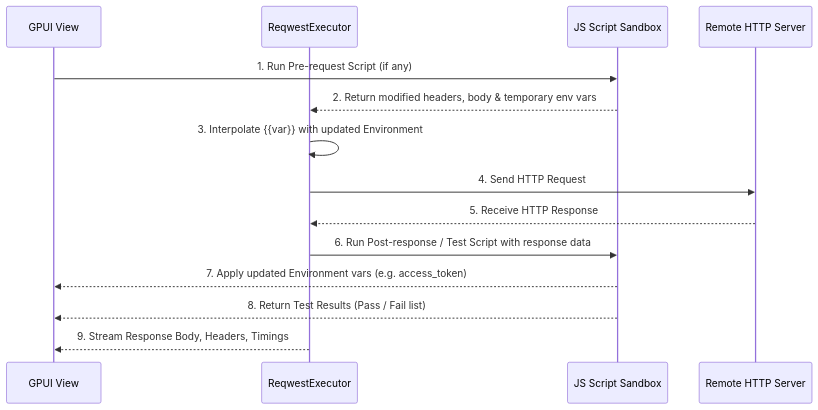
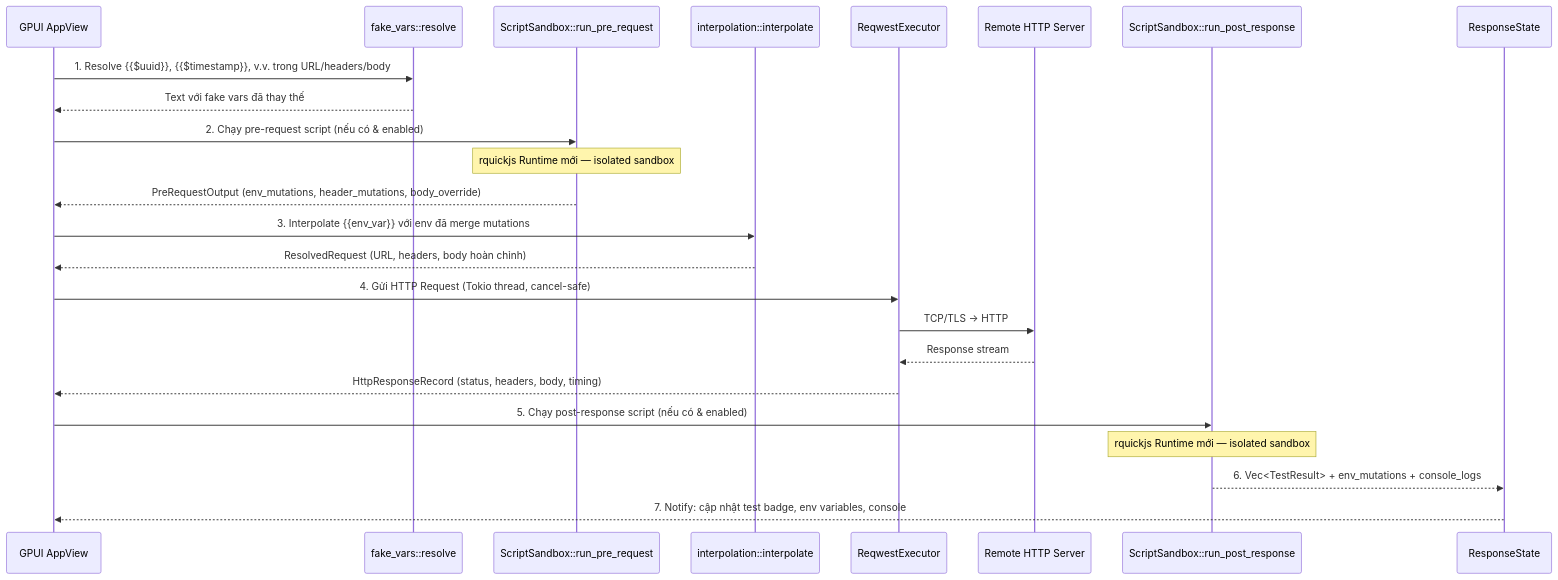
Before and after one commit to dungmv/rest-client: the diagram in docs/specs/02-scripting-and-testing-engine.md, drawn with Mermaid. The commit also changed other lines of this file and 22 other files, not shown here.

First line of the commit message:
feat(scripting): implement Phase 1 with rquickjs engine and request chaining

````diff
--- a/docs/specs/02-scripting-and-testing-engine.md
+++ b/docs/specs/02-scripting-and-testing-engine.md
@@ -121,17 +337,27 @@
 ```mermaid
 sequenceDiagram
-    participant UI as GPUI View
-    participant Core as ReqwestExecutor
-    participant Sandbox as JS Script Sandbox
+    participant UI as GPUI AppView
+    participant FV as fake_vars::resolve
+    participant Pre as ScriptSandbox::run_pre_request
+    participant Interp as interpolation::interpolate
+    participant Exec as ReqwestExecutor
     participant Server as Remote HTTP Server
+    participant Post as ScriptSandbox::run_post_response
+    participant RS as ResponseState
 
-    UI->>Sandbox: 1. Run Pre-request Script (if any)
-    Sandbox-->>Core: 2. Return modified headers, body & temporary env vars
-    Core->>Core: 3. Interpolate {{var}} with updated Environment
-    Core->>Server: 4. Send HTTP Request
-    Server-->>Core: 5. Receive HTTP Response
-    Core->>Sandbox: 6. Run Post-response / Test Script with response data
-    Sandbox-->>UI: 7. Apply updated Environment vars (e.g. access_token)
-    Sandbox-->>UI: 8. Return Test Results (Pass / Fail list)
-    Core-->>UI: 9. Stream Response Body, Headers, Timings
+    UI->>FV: 1. Resolve {{$uuid}}, {{$timestamp}}, v.v. trong URL/headers/body
+    FV-->>UI: Text với fake vars đã thay thế
+    UI->>Pre: 2. Chạy pre-request script (nếu có & enabled)
+    Note over Pre: rquickjs Runtime mới — isolated sandbox
+    Pre-->>UI: PreRequestOutput (env_mutations, header_mutations, body_override)
+    UI->>Interp: 3. Interpolate {{env_var}} với env đã merge mutations
+    Interp-->>UI: ResolvedRequest (URL, headers, body hoàn chỉnh)
+    UI->>Exec: 4. Gửi HTTP Request (Tokio thread, cancel-safe)
+    Exec->>Server: TCP/TLS → HTTP
+    Server-->>Exec: Response stream
+    Exec-->>UI: HttpResponseRecord (status, headers, body, timing)
+    UI->>Post: 5. Chạy post-response script (nếu có & enabled)
+    Note over Post: rquickjs Runtime mới — isolated sandbox
+    Post-->>RS: 6. Vec<TestResult> + env_mutations + console_logs
+    RS-->>UI: 7. Notify: cập nhật test badge, env variables, console
 ```
````
